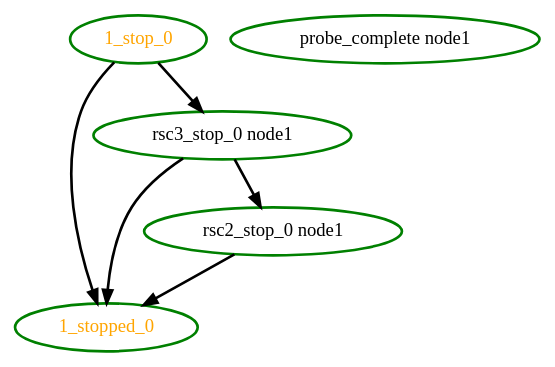
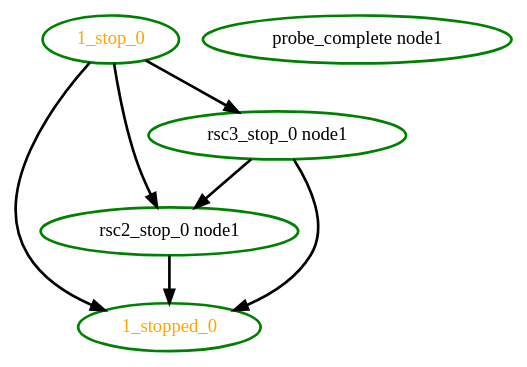
One commit to richiewen8/heartbeat changed the diagram in crm/pengine/testcases/group11.dot. Above: the diagram before and after it, drawn with Graphviz. The commit also changed 36 other files, not shown here.

```diff
--- a/crm/pengine/testcases/group11.dot
+++ b/crm/pengine/testcases/group11.dot
@@ -1,12 +1,13 @@
  digraph "g" {
 "1_stop_0" -> "1_stopped_0" [ style = bold]
+"1_stop_0" -> "rsc2_stop_0 node1" [ style = bold]
 "1_stop_0" -> "rsc3_stop_0 node1" [ style = bold]
 "1_stop_0" [ style=bold color="green" fontcolor="orange" ]
 "1_stopped_0" [ style=bold color="green" fontcolor="orange" ]
 "probe_complete node1" [ style=bold color="green" fontcolor="black" ]
 "rsc2_stop_0 node1" -> "1_stopped_0" [ style = bold]
 "rsc2_stop_0 node1" [ style=bold color="green" fontcolor="black" ]
 "rsc3_stop_0 node1" -> "1_stopped_0" [ style = bold]
 "rsc3_stop_0 node1" -> "rsc2_stop_0 node1" [ style = bold]
 "rsc3_stop_0 node1" [ style=bold color="green" fontcolor="black" ]
 }
```
